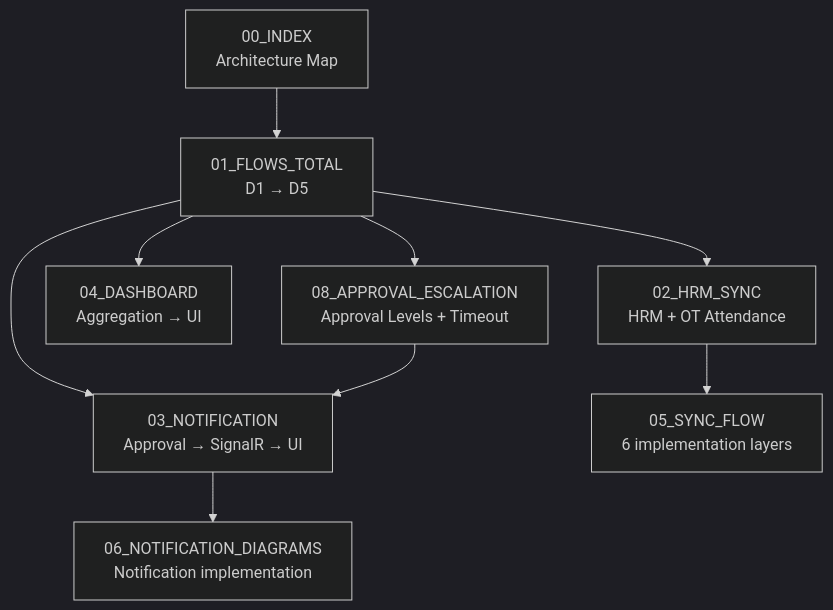
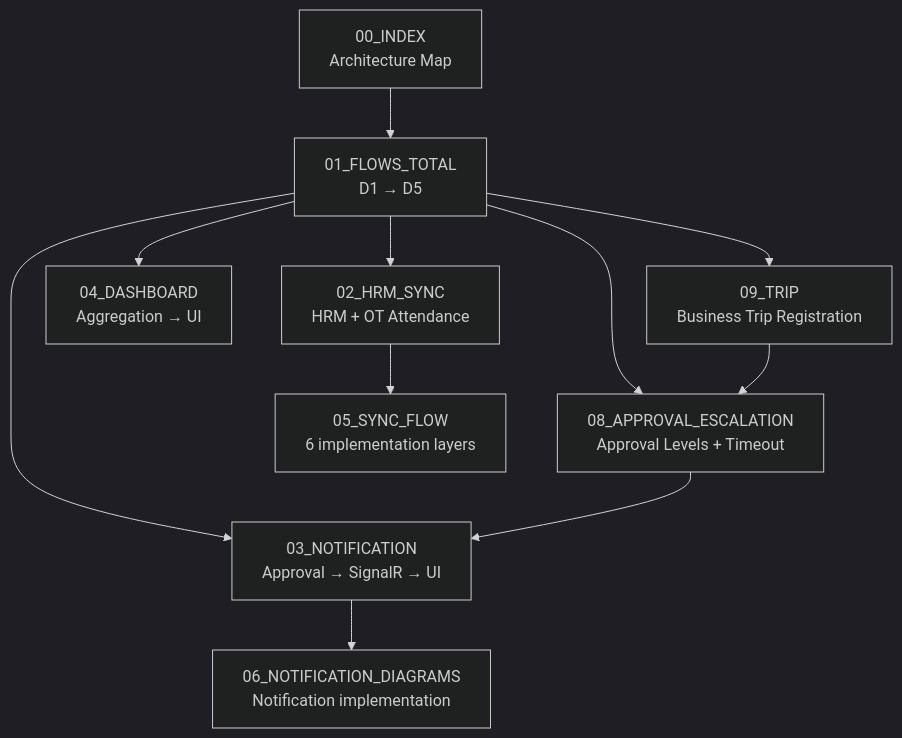
Before and after one commit to Nang0559/Reggister: the first of 4 diagrams in MÔ HÌNH/00_INDEX.md, drawn with Mermaid (dark theme). The commit also changed other lines of this file, not shown here.

Commit message:
docs(trip): add Trip to architecture index

````diff
--- a/MÔ HÌNH/00_INDEX.md
+++ b/MÔ HÌNH/00_INDEX.md
@@ -9,11 +9,13 @@
 ```mermaid
 flowchart TD
     A[00_INDEX<br/>Architecture Map] --> B[01_FLOWS_TOTAL<br/>D1 → D5]
     B --> C[02_HRM_SYNC<br/>HRM + OT Attendance]
     B --> D[03_NOTIFICATION<br/>Approval → SignalR → UI]
     B --> E[04_DASHBOARD<br/>Aggregation → UI]
     B --> F[08_APPROVAL_ESCALATION<br/>Approval Levels + Timeout]
-    C --> G[05_SYNC_FLOW<br/>6 implementation layers]
-    D --> H[06_NOTIFICATION_DIAGRAMS<br/>Notification implementation]
+    B --> G[09_TRIP<br/>Business Trip Registration]
+    C --> H[05_SYNC_FLOW<br/>6 implementation layers]
+    D --> I[06_NOTIFICATION_DIAGRAMS<br/>Notification implementation]
     F --> D
+    G --> F
 ```
````
